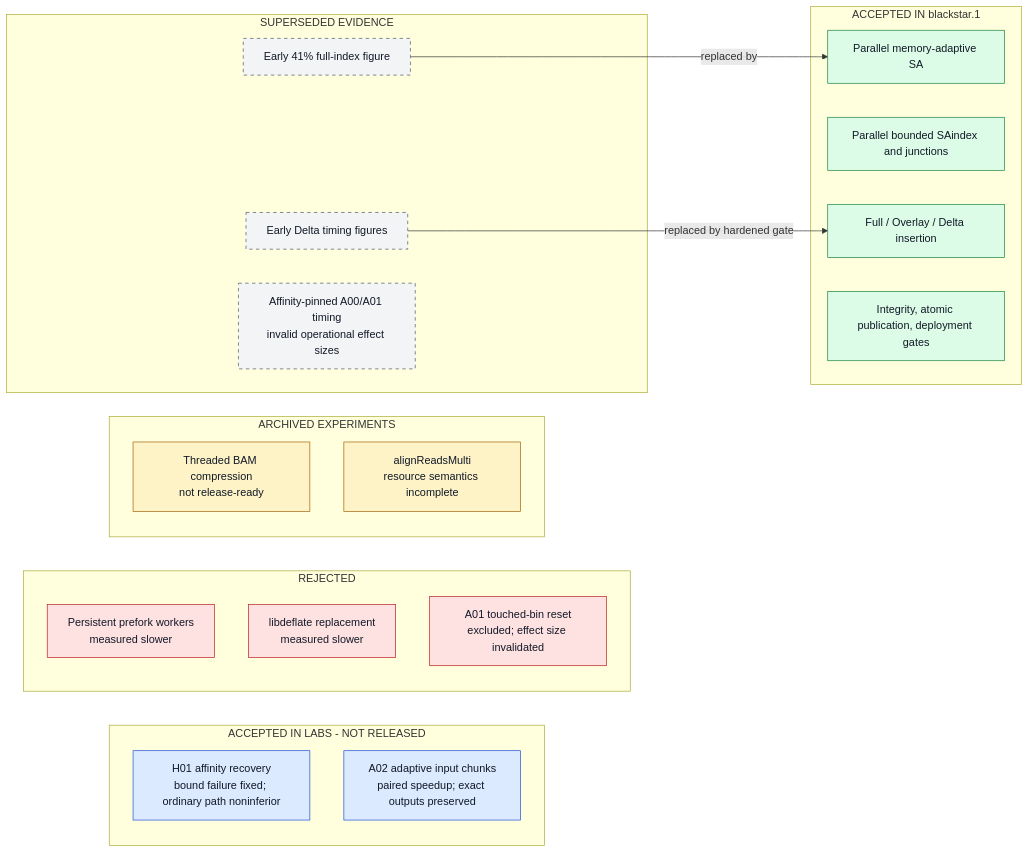
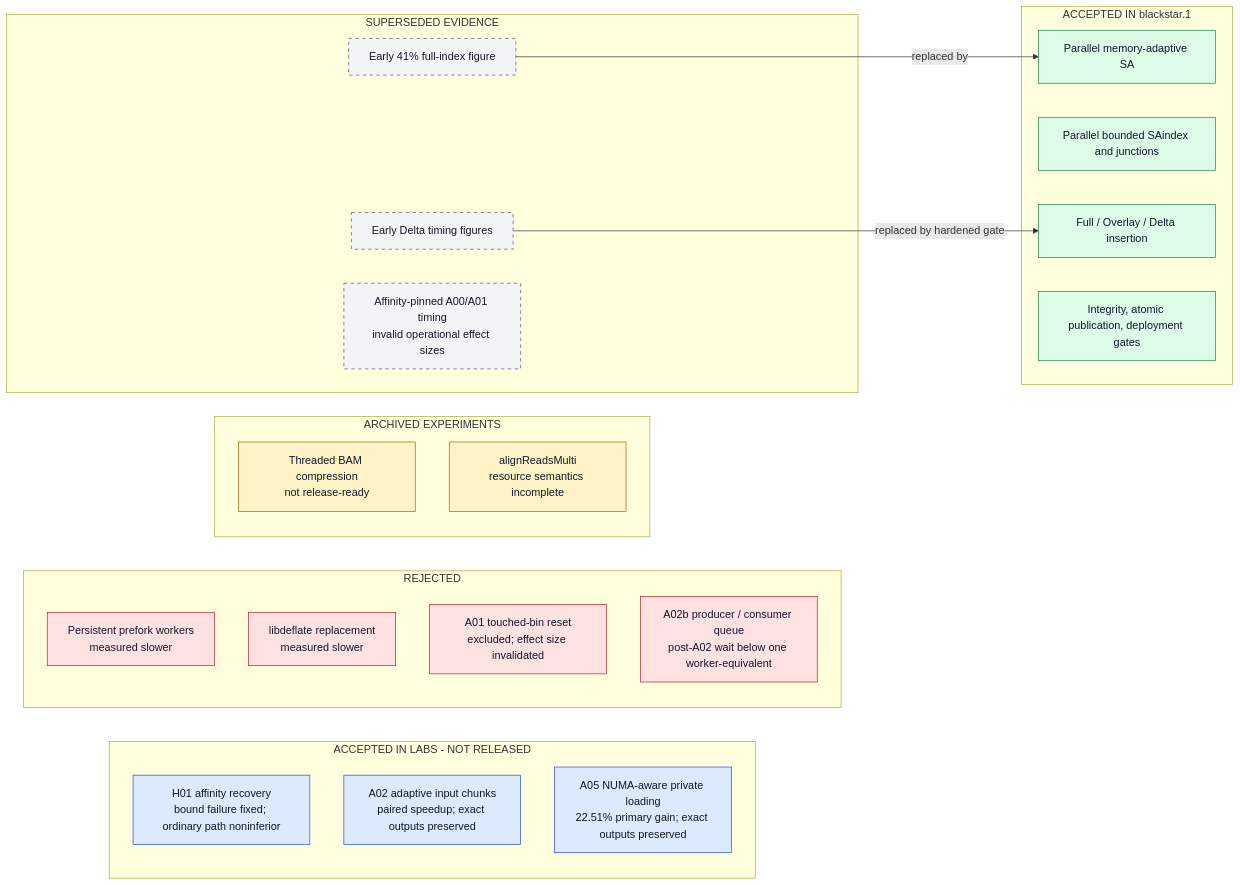
One commit to justinblethrow-cloud/STAR changed the diagram in docs/architecture/diagrams/src/F13-history.mmd. Above: the diagram before and after it, drawn with Mermaid. The commit also changed 18 other files, not shown here.

```diff
--- a/docs/architecture/diagrams/src/F13-history.mmd
+++ b/docs/architecture/diagrams/src/F13-history.mmd
@@ -1,43 +1,45 @@
 flowchart LR
     subgraph ACCEPTED["ACCEPTED IN blackstar.1"]
         A1["Parallel memory-adaptive SA"]
         A2["Parallel bounded SAindex and junctions"]
         A3["Full / Overlay / Delta insertion"]
         A4["Integrity, atomic publication, deployment gates"]
     end
 
     subgraph LABS["ACCEPTED IN LABS - NOT RELEASED"]
         L1["H01 affinity recovery<br/>bound failure fixed; ordinary path noninferior"]
         L2["A02 adaptive input chunks<br/>paired speedup; exact outputs preserved"]
+        L3["A05 NUMA-aware private loading<br/>22.51% primary gain; exact outputs preserved"]
     end
 
     subgraph REJECTED["REJECTED"]
         R1["Persistent prefork workers<br/>measured slower"]
         R2["libdeflate replacement<br/>measured slower"]
         R3["A01 touched-bin reset<br/>excluded; effect size invalidated"]
+        R4["A02b producer / consumer queue<br/>post-A02 wait below one worker-equivalent"]
     end
 
     subgraph ARCHIVED["ARCHIVED EXPERIMENTS"]
         X1["Threaded BAM compression<br/>not release-ready"]
         X2["alignReadsMulti<br/>resource semantics incomplete"]
     end
 
     subgraph SUPERSEDED["SUPERSEDED EVIDENCE"]
         S1["Early 41% full-index figure"]
         S2["Early Delta timing figures"]
         S3["Affinity-pinned A00/A01 timing<br/>invalid operational effect sizes"]
     end
 
     S1 -->|replaced by| A1
     S2 -->|replaced by hardened gate| A3
 
     classDef accepted fill:#dcfce7,stroke:#15803d,color:#111827;
     classDef labs fill:#dbeafe,stroke:#1d4ed8,color:#111827;
     classDef rejected fill:#fee2e2,stroke:#b91c1c,color:#111827;
     classDef archived fill:#fef3c7,stroke:#a16207,color:#111827;
     classDef superseded fill:#f3f4f6,stroke:#4b5563,color:#111827,stroke-dasharray: 5 5;
     class A1,A2,A3,A4 accepted;
-    class L1,L2 labs;
-    class R1,R2,R3 rejected;
+    class L1,L2,L3 labs;
+    class R1,R2,R3,R4 rejected;
     class X1,X2 archived;
     class S1,S2,S3 superseded;
```
